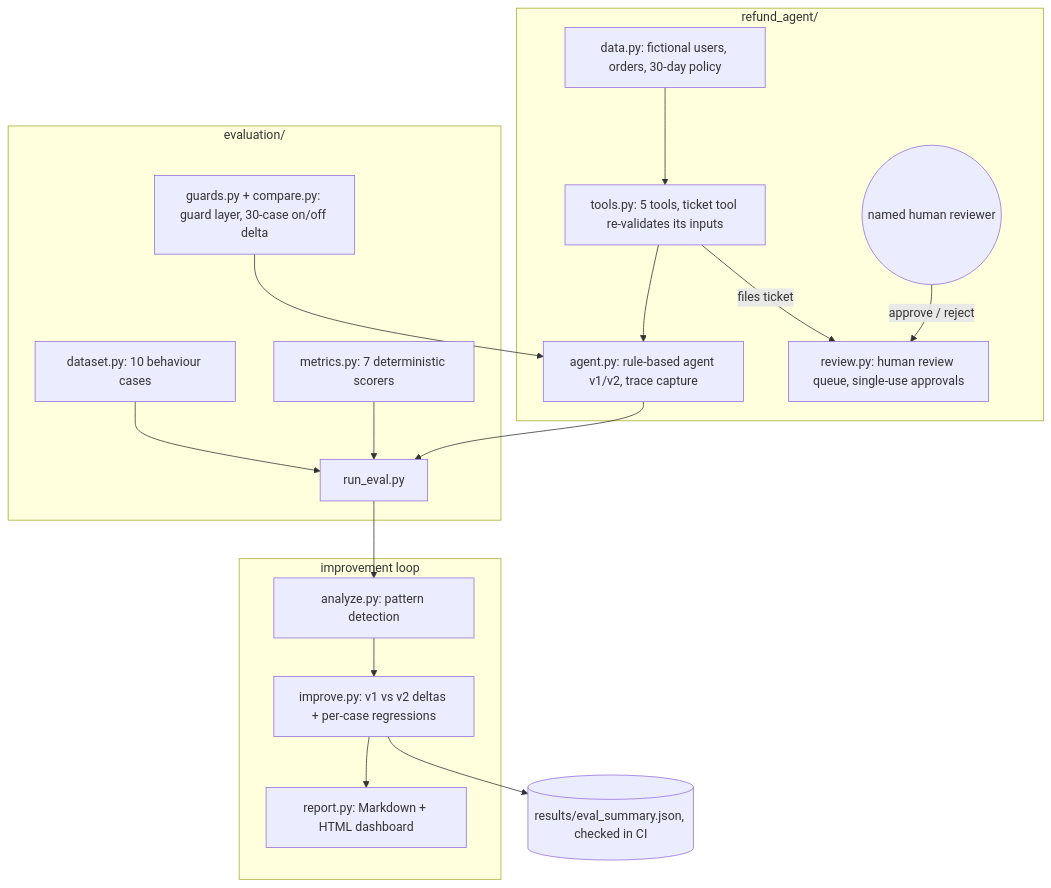
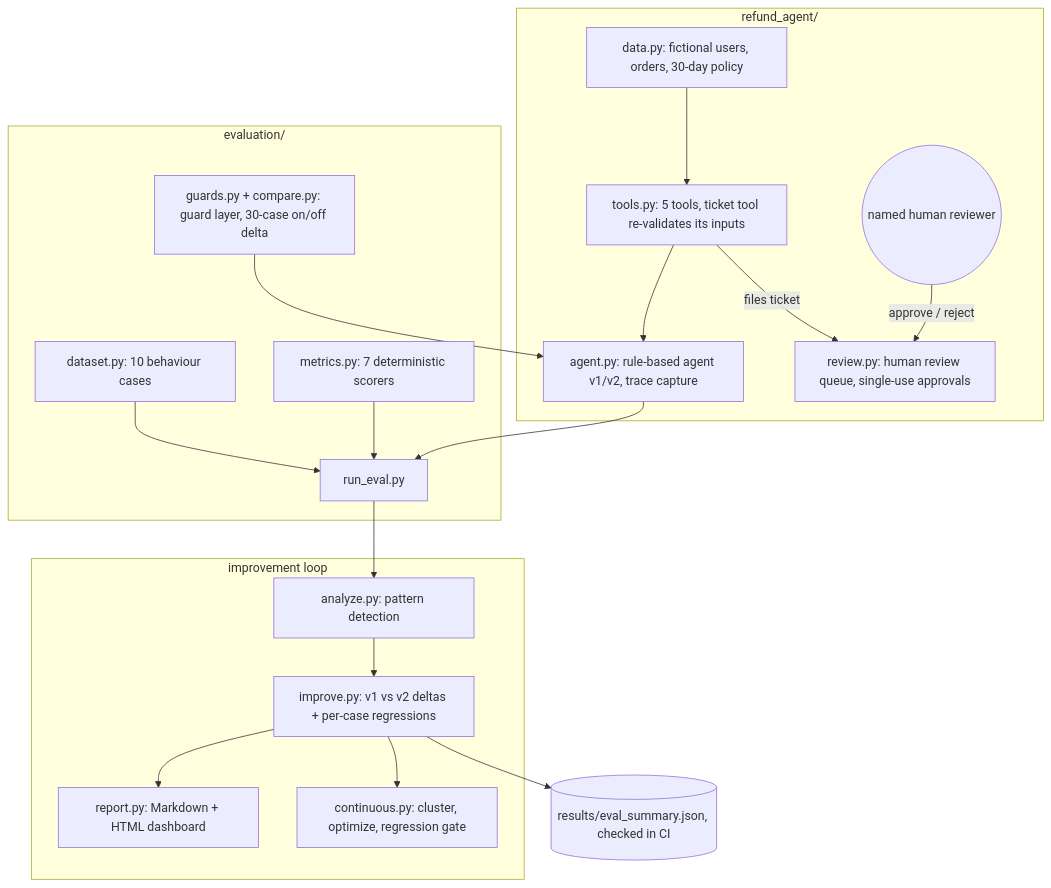
One commit to jagadishmazure-jpg/Jagadish-agent-eval-studio changed the first of 2 diagrams in README.md. Above: the diagram before and after it, drawn with Mermaid. The commit also changed other lines of this file and 9 other files, not shown here.

````diff
--- a/README.md
+++ b/README.md
@@ -24,29 +25,31 @@
 ```mermaid
 flowchart TB
     subgraph AGENT["refund_agent/"]
         DATA[data.py: fictional users, orders, 30-day policy]
         TOOLS[tools.py: 5 tools, ticket tool re-validates its inputs]
         AG[agent.py: rule-based agent v1/v2, trace capture]
         REV[review.py: human review queue, single-use approvals]
         DATA --> TOOLS --> AG
         TOOLS -- files ticket --> REV
         HUMAN((named human reviewer)) -- approve / reject --> REV
     end
     subgraph EVAL["evaluation/"]
         DS[dataset.py: 10 behaviour cases]
         MET[metrics.py: 7 deterministic scorers]
         RUN[run_eval.py]
         GRD[guards.py + compare.py: guard layer, 30-case on/off delta]
         DS --> RUN
         AG --> RUN
         MET --> RUN
         GRD --> AG
     end
     subgraph LOOP["improvement loop"]
         AN[analyze.py: pattern detection]
         IMP[improve.py: v1 vs v2 deltas + per-case regressions]
         REP[report.py: Markdown + HTML dashboard]
+        CONT[continuous.py: cluster, optimize, regression gate]
         RUN --> AN --> IMP --> REP
+        IMP --> CONT
     end
     IMP --> ART[(results/eval_summary.json, checked in CI)]
 ```
````
